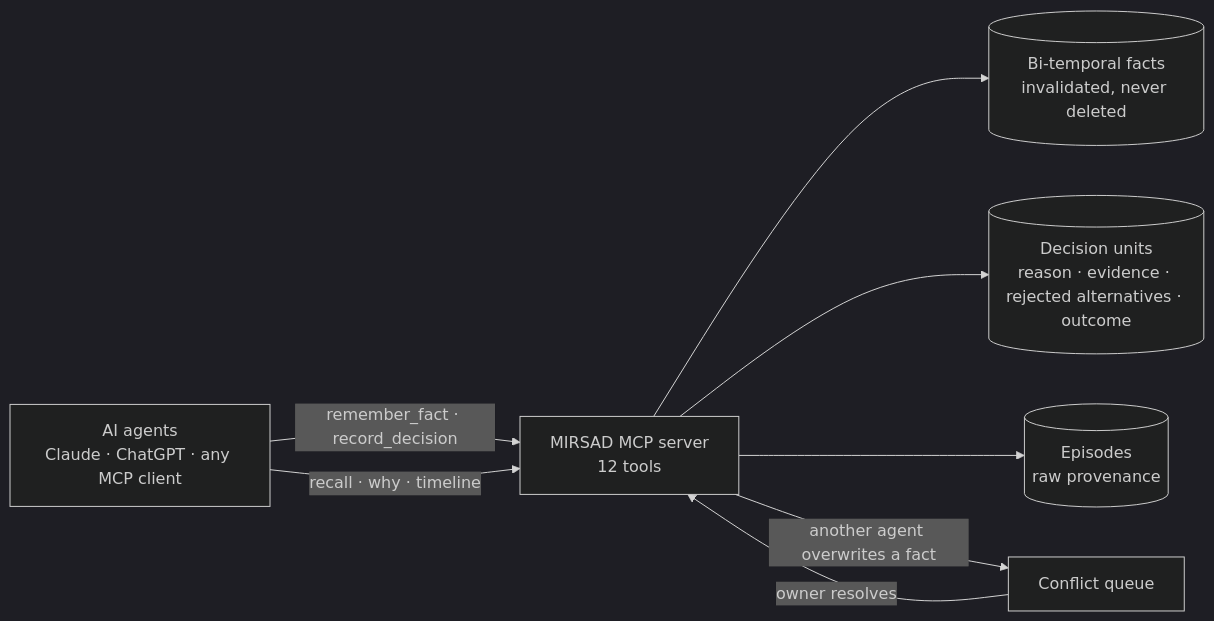
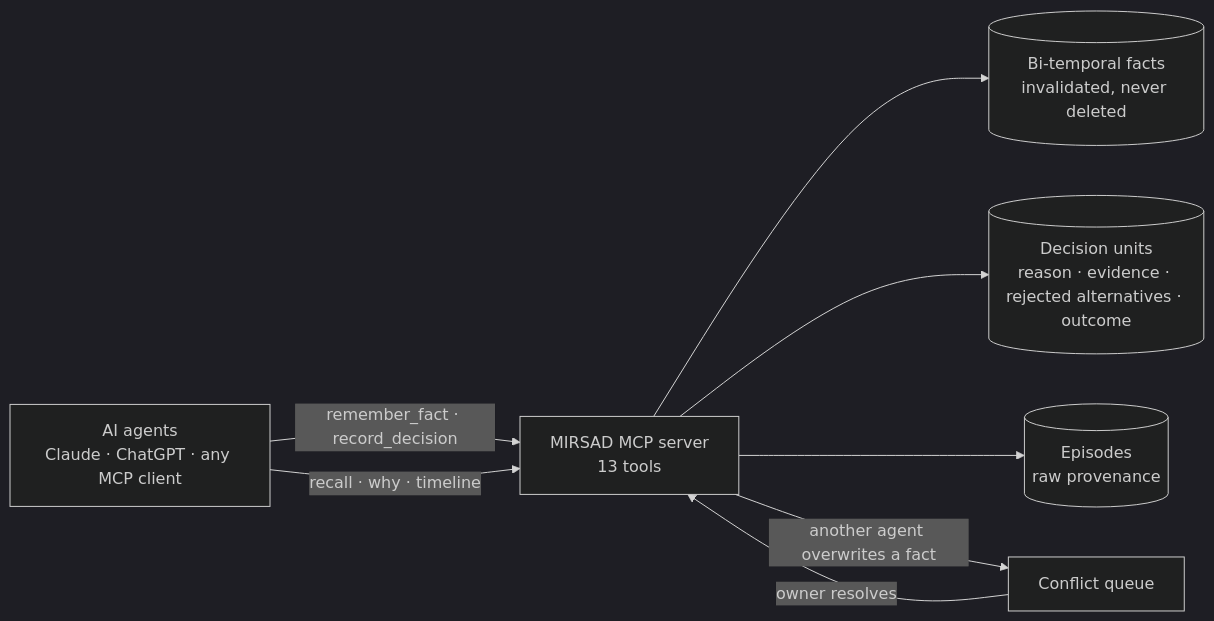
One commit to amkkoussay/Mersad changed the diagram in README.md. Above: the diagram before and after it, drawn with Mermaid (dark theme). The commit also changed other lines of this file and 8 other files, not shown here.

````diff
--- a/README.md
+++ b/README.md
@@ -133,10 +135,10 @@
 ```mermaid
 flowchart LR
-    A["AI agents<br/>Claude · ChatGPT · any MCP client"] -->|"remember_fact · record_decision"| S["MIRSAD MCP server<br/>12 tools"]
+    A["AI agents<br/>Claude · ChatGPT · any MCP client"] -->|"remember_fact · record_decision"| S["MIRSAD MCP server<br/>13 tools"]
     S --> F[("Bi-temporal facts<br/>invalidated, never deleted")]
     S --> D[("Decision units<br/>reason · evidence · rejected alternatives · outcome")]
     S --> E[("Episodes<br/>raw provenance")]
     S -->|"another agent overwrites a fact"| Q["Conflict queue"]
     Q -->|"owner resolves"| S
     A -->|"recall · why · timeline"| S
 ```
````
